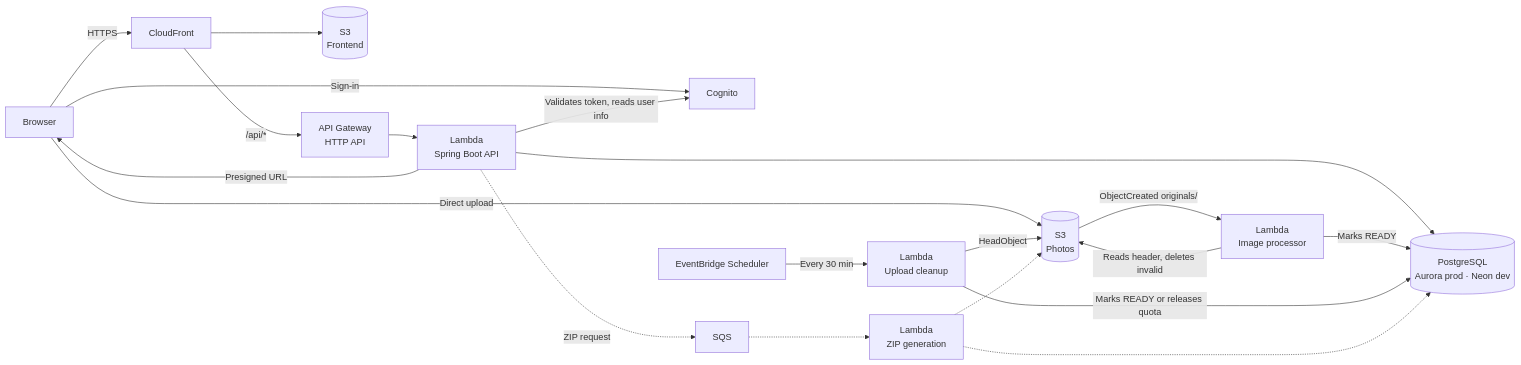
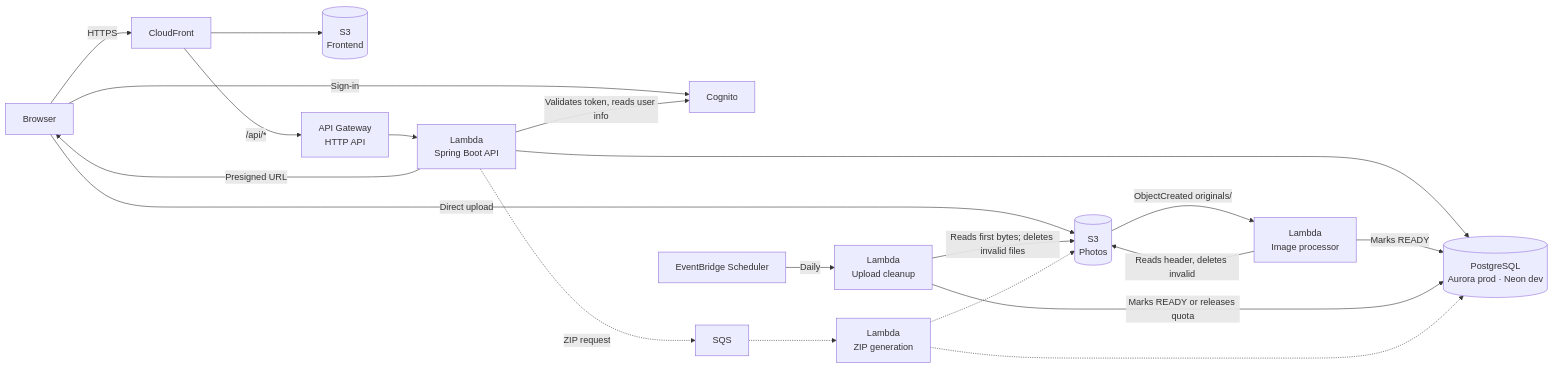
The diagram in README.md (Eduard20CR/2026-pictures-pov-app), drawn with Mermaid before and after one commit. The commit also changed other lines of this file and 9 other files, not shown here.

First line of the commit message:
fix(upload-cleanup): publish only validated photos and run daily (#231) (#249)

````diff
--- a/README.md
+++ b/README.md
@@ -35,22 +35,22 @@
 ```mermaid
 flowchart LR
     U[Browser] -->|HTTPS| CF[CloudFront]
     CF --> WEB[(S3<br/>Frontend)]
     CF -->|/api/*| APIGW[API Gateway<br/>HTTP API]
     APIGW --> L[Lambda<br/>Spring Boot API]
     L --> DB[(PostgreSQL<br/>Aurora prod · Neon dev)]
     L -->|Presigned URL| U
     U -->|Direct upload| S3[(S3<br/>Photos)]
     U -->|Sign-in| COG[Cognito]
     L -->|Validates token, reads user info| COG
     S3 -->|ObjectCreated originals/| IP[Lambda<br/>Image processor]
     IP -->|Reads header, deletes invalid| S3
     IP -->|Marks READY| DB
-    SCH[EventBridge Scheduler] -->|Every 30 min| UC[Lambda<br/>Upload cleanup]
-    UC -->|HeadObject| S3
+    SCH[EventBridge Scheduler] -->|Daily| UC[Lambda<br/>Upload cleanup]
+    UC -->|Reads first bytes; deletes invalid files| S3
     UC -->|Marks READY or releases quota| DB
     L -.->|ZIP request| Q[SQS]
     Q -.-> Z[Lambda<br/>ZIP generation]
     Z -.-> S3
     Z -.-> DB
 ```
````
